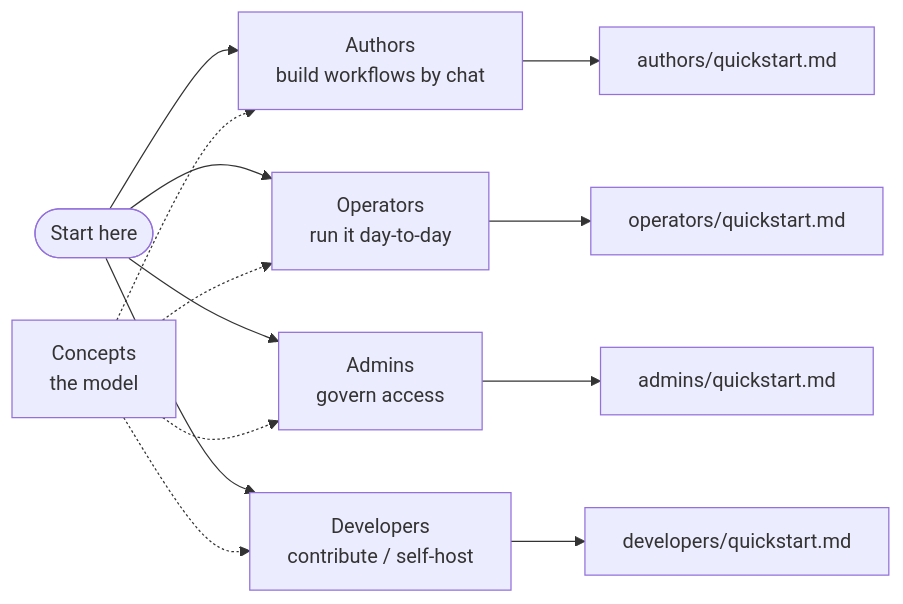
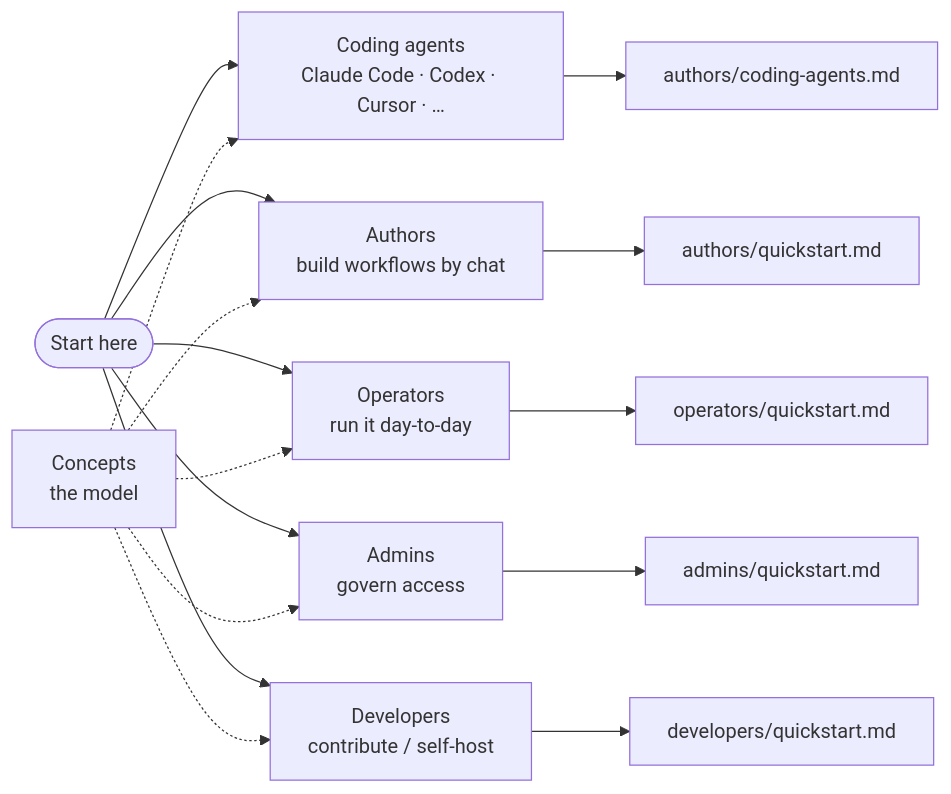
One commit to MikeBild/subkit changed the first of 2 diagrams in docs/README.md. Above: the diagram before and after it, drawn with Mermaid. The commit also changed other lines of this file and 18 other files, not shown here.

````diff
--- a/docs/README.md
+++ b/docs/README.md
@@ -15,16 +15,19 @@
 ```mermaid
 flowchart LR
     Start(["Start here"])
+    Start --> Coding["Coding agents<br/>Claude Code · Codex · Cursor · …"]
     Start --> Authors["Authors<br/>build workflows by chat"]
     Start --> Operators["Operators<br/>run it day-to-day"]
     Start --> Admins["Admins<br/>govern access"]
     Start --> Developers["Developers<br/>contribute / self-host"]
-    Concepts["Concepts<br/>the model"] -.-> Authors
+    Concepts["Concepts<br/>the model"] -.-> Coding
+    Concepts -.-> Authors
     Concepts -.-> Operators
     Concepts -.-> Admins
     Concepts -.-> Developers
+    Coding --> C1["authors/coding-agents.md"]
     Authors --> A1["authors/quickstart.md"]
     Operators --> O1["operators/quickstart.md"]
     Admins --> D1["admins/quickstart.md"]
     Developers --> V1["developers/quickstart.md"]
 ```
````
